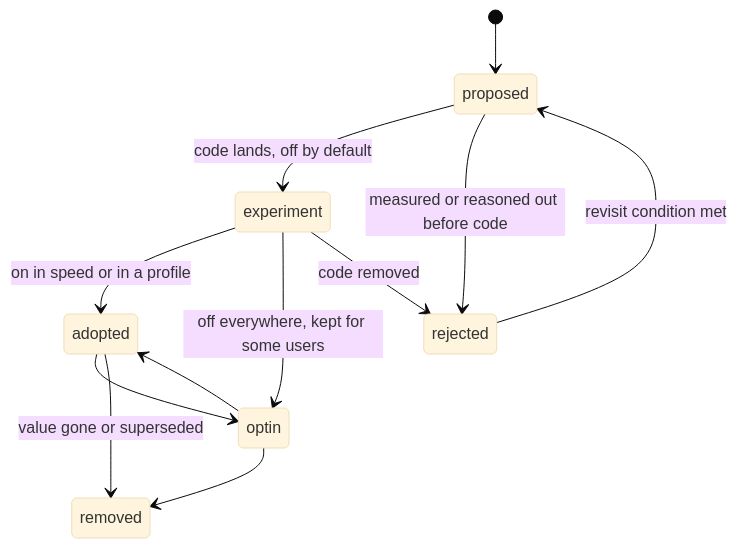
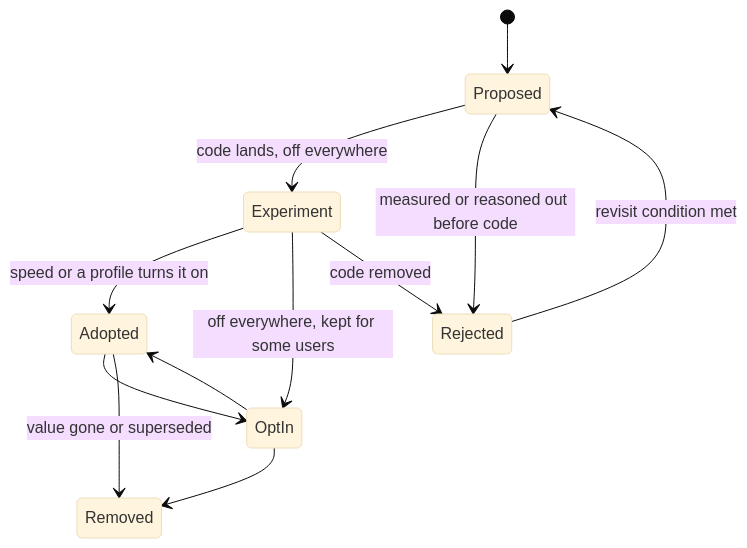
The diagram in docs/design/records/080-optimization-management.md (syntaxir/syntaxir), drawn with Mermaid (base theme) before and after one commit. The commit also changed other lines of this file, not shown here.

````diff
--- a/docs/design/records/080-optimization-management.md
+++ b/docs/design/records/080-optimization-management.md
@@ -124,14 +160,14 @@
 ```mermaid
 stateDiagram-v2
-    [*] --> proposed
-    proposed --> experiment: code lands, off by default
-    proposed --> rejected: measured or reasoned out before code
-    experiment --> adopted: on in speed or in a profile
-    experiment --> optin: off everywhere, kept for some users
-    experiment --> rejected: code removed
-    adopted --> optin
-    optin --> adopted
-    adopted --> removed: value gone or superseded
-    optin --> removed
-    rejected --> proposed: revisit condition met
+    [*] --> Proposed
+    Proposed --> Experiment: code lands, off everywhere
+    Proposed --> Rejected: measured or reasoned out before code
+    Experiment --> Adopted: speed or a profile turns it on
+    Experiment --> OptIn: off everywhere, kept for some users
+    Experiment --> Rejected: code removed
+    Adopted --> OptIn
+    OptIn --> Adopted
+    Adopted --> Removed: value gone or superseded
+    OptIn --> Removed
+    Rejected --> Proposed: revisit condition met
 ```
````
